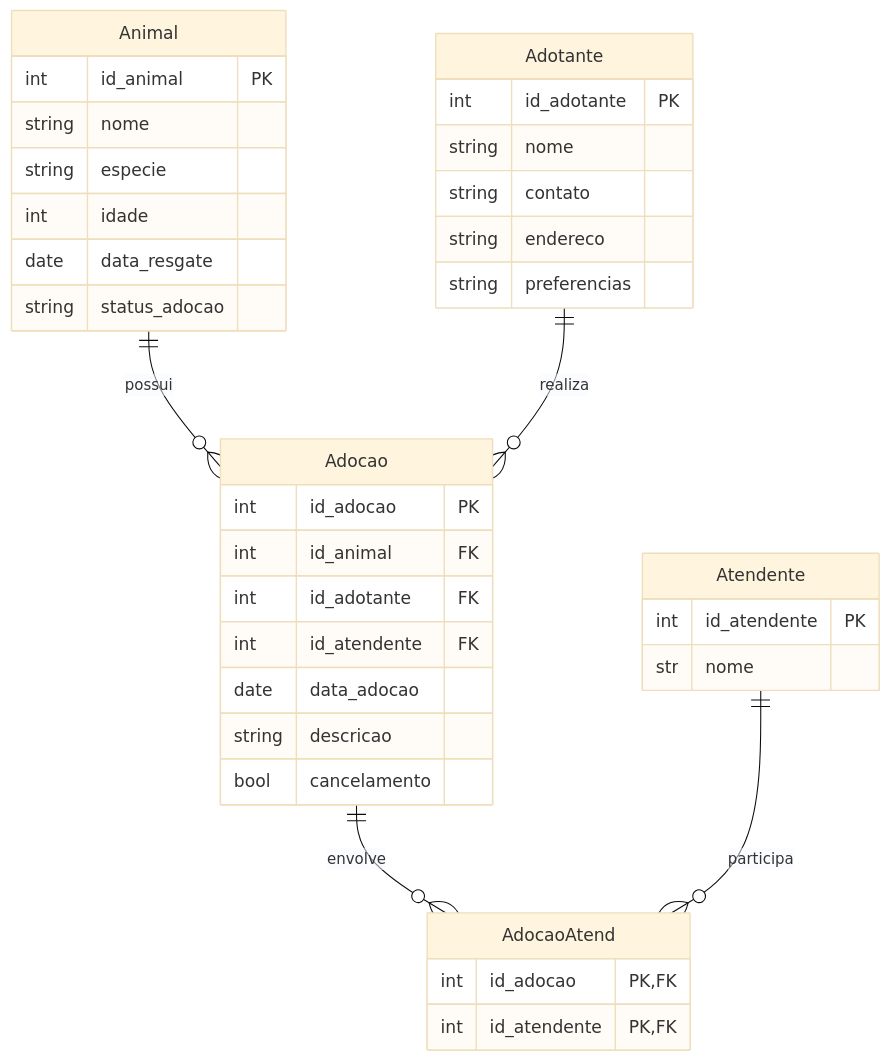
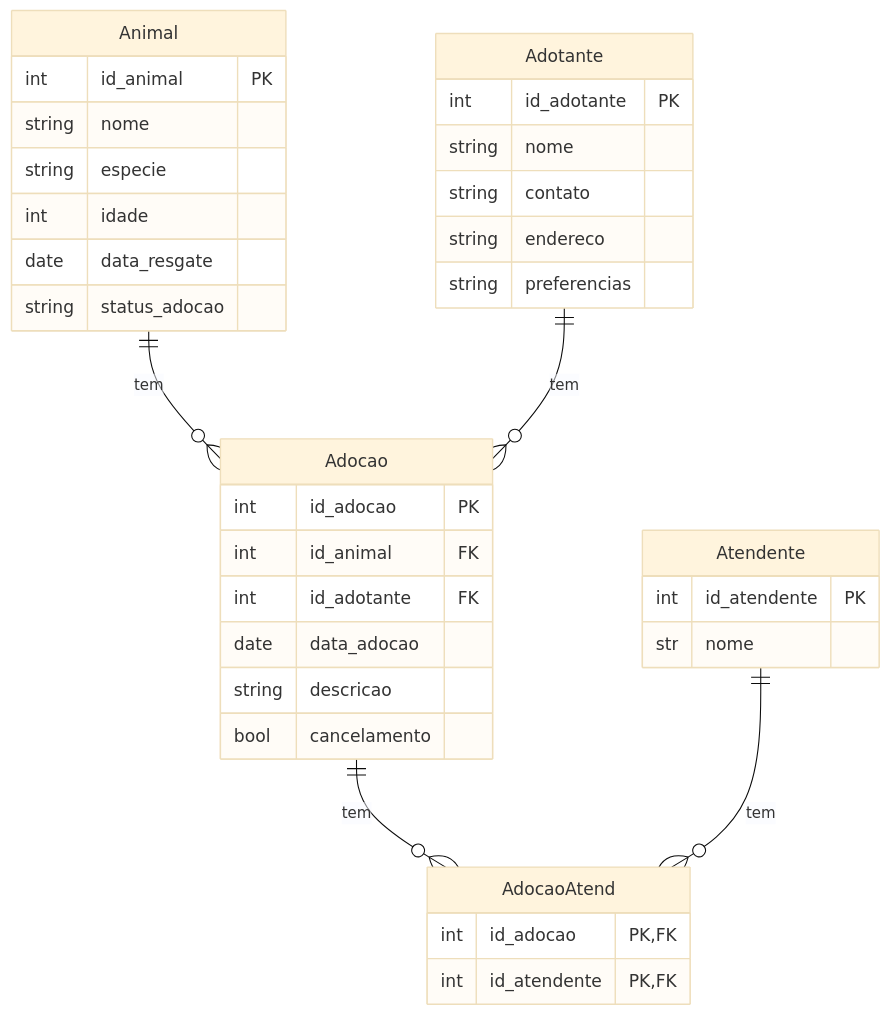
One commit to LuanaStanz/trab2_persistencia2025 changed the second of 2 diagrams in README.md. Above: the diagram before and after it, drawn with Mermaid (base theme). The commit also changed other lines of this file, not shown here.

First line of the commit message:
Enhance README with project details and diagrams

````diff
--- a/README.md
+++ b/README.md
@@ -1,44 +42,42 @@
 ```mermaid
 erDiagram
     Animal {
         int id_animal PK
         string nome
         string especie
         int idade
         date data_resgate
         string status_adocao
     }
 
     Adotante {
         int id_adotante PK
         string nome
         string contato
         string endereco
         string preferencias
     }
 
     Adocao {
         int id_adocao PK
         int id_animal  FK
         int id_adotante FK
-        int id_atendente FK
         date data_adocao
         string descricao
         bool cancelamento
     }
     AdocaoAtend{
         int id_adocao PK, FK
         int id_atendente PK, FK
     }
     
     Atendente {
         int id_atendente PK
         str nome
     }
 
-   
-    Animal ||--o{ Adocao : "possui"
-    Adotante ||--o{ Adocao : "realiza"
-    Adocao ||--o{ AdocaoAtend : "envolve"
-    Atendente ||--o{ AdocaoAtend : "participa"
+    Animal ||--o{ Adocao : "tem"
+    Adotante ||--o{ Adocao : "tem"
+    Adocao ||--o{ AdocaoAtend : "tem"
+    Atendente ||--o{ AdocaoAtend : "tem"
 ```
````
